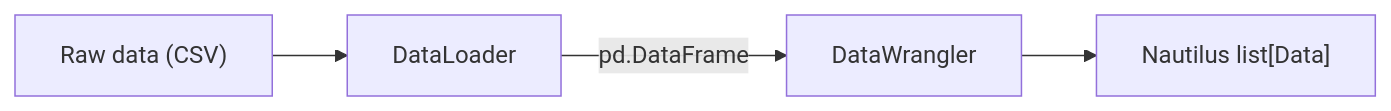
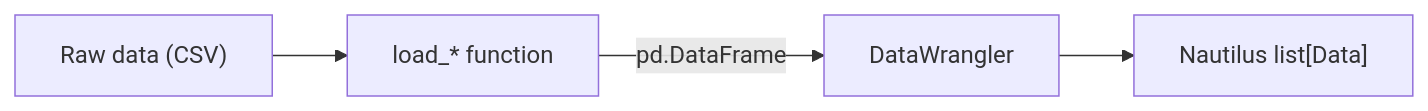
The diagram in docs/concepts/data/index.md (arif-b-khan/nautilus_trader), drawn with Mermaid before and after one commit. The commit also changed other lines of this file and 1378 other files, not shown here.

````diff
--- a/docs/concepts/data/index.md
+++ b/docs/concepts/data/index.md
@@ -659,11 +603,11 @@
 ```mermaid
 flowchart LR
     raw["Raw data (CSV)"]
-    loader[DataLoader]
+    loader[load_* function]
     wrangler[DataWrangler]
     output["Nautilus list[Data]"]
 
     raw --> loader
     loader -->|"pd.DataFrame"| wrangler
     wrangler --> output
 ```
````
